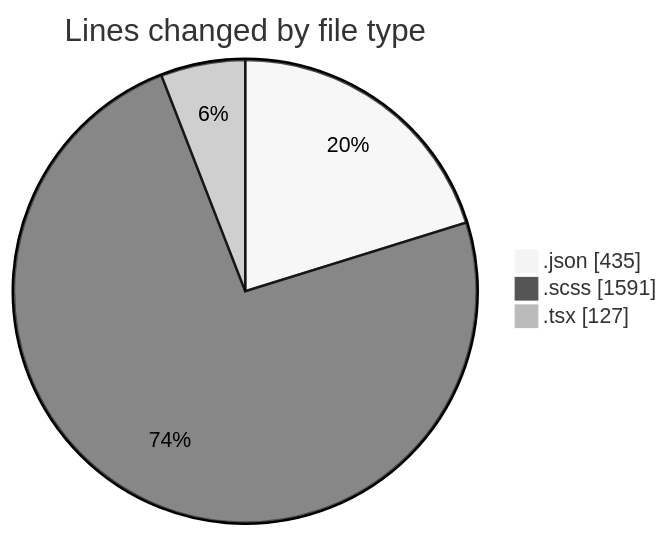
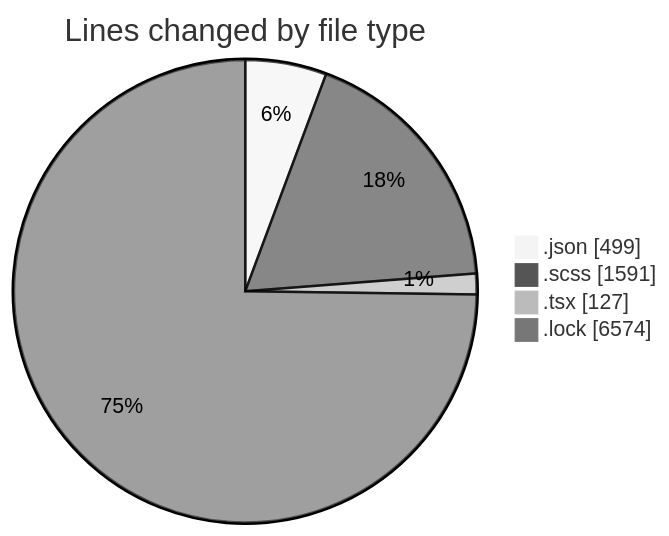
Before and after one commit to momahboobian/code-tracking: the first of 2 diagrams in 2026-08-11/cda/README.md, drawn with Mermaid (neutral theme). The commit also changed other lines of this file and 1 other file, not shown here.

````diff
--- a/2026-08-11/cda/README.md
+++ b/2026-08-11/cda/README.md
@@ -27,7 +29,8 @@
 ```mermaid
 pie showData
 title Lines changed by file type
-".json" : 435
+".json" : 499
 ".scss" : 1591
 ".tsx" : 127
+".lock" : 6574
 ```
````
